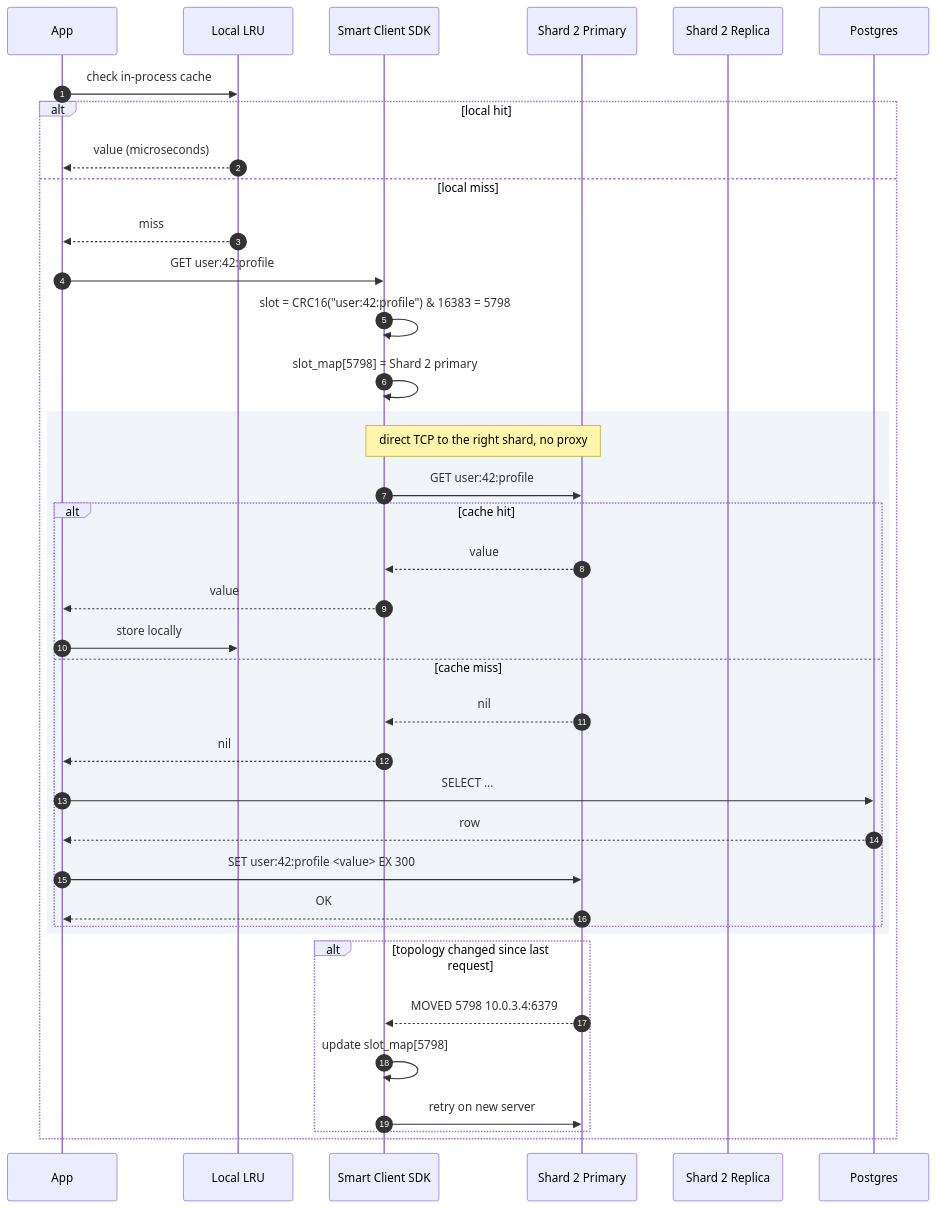
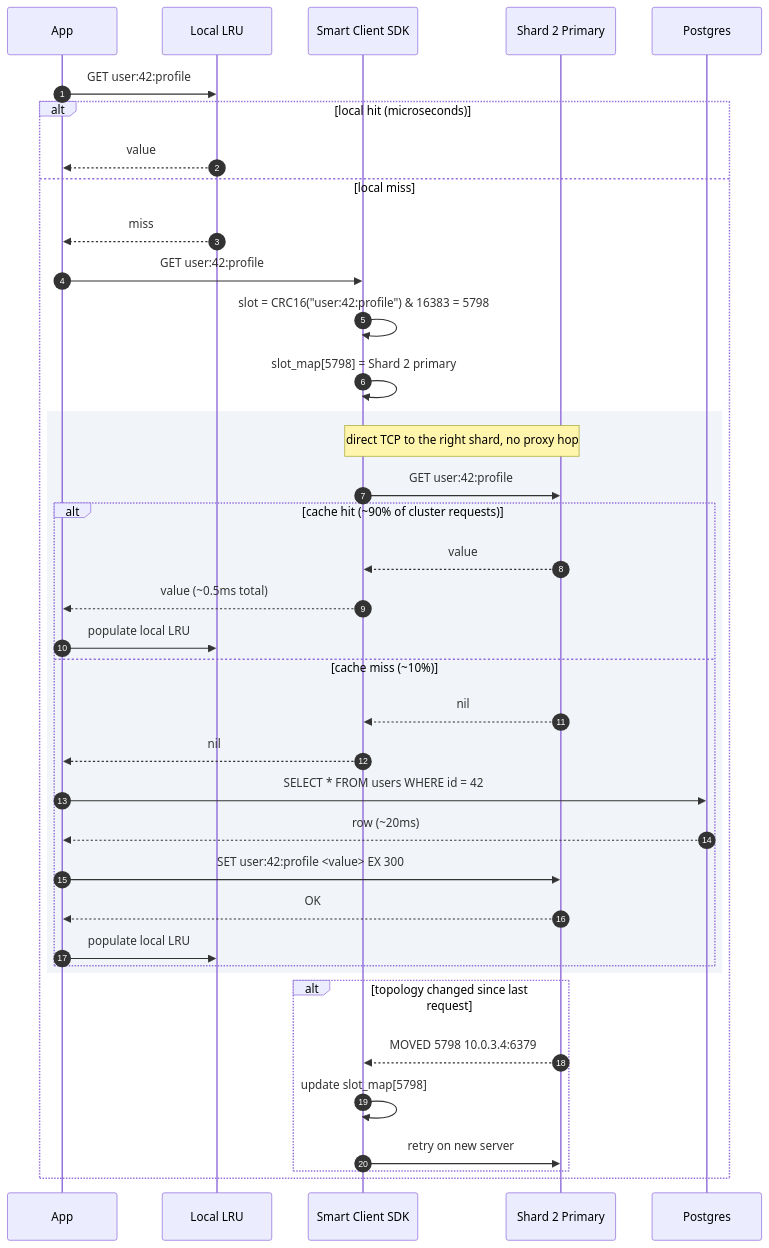
Before and after one commit to shiningflash/system-design: the tenth of 11 diagrams in problems/009-distributed-cache/question.md, drawn with Mermaid. The commit also changed other lines of this file and 37 other files, not shown here.

````diff
--- a/problems/009-distributed-cache/question.md
+++ b/problems/009-distributed-cache/question.md
@@ -302,43 +367,43 @@
 ```mermaid
 sequenceDiagram
     autonumber
     participant App
-    participant LocalLRU as Local LRU
+    participant LRU as Local LRU
     participant SDK as Smart Client SDK
     participant S2P as Shard 2 Primary
-    participant S2R as Shard 2 Replica
     participant DB as Postgres
 
-    App->>LocalLRU: check in-process cache
-    alt local hit
-        LocalLRU-->>App: value (microseconds)
+    App->>LRU: GET user:42:profile
+    alt local hit (microseconds)
+        LRU-->>App: value
     else local miss
-        LocalLRU-->>App: miss
+        LRU-->>App: miss
         App->>SDK: GET user:42:profile
         SDK->>SDK: slot = CRC16("user:42:profile") & 16383 = 5798
         SDK->>SDK: slot_map[5798] = Shard 2 primary
 
         rect rgb(241, 245, 249)
-            Note over SDK,S2P: direct TCP to the right shard, no proxy
+            Note over SDK,S2P: direct TCP to the right shard, no proxy hop
             SDK->>S2P: GET user:42:profile
-            alt cache hit
+            alt cache hit (~90% of cluster requests)
                 S2P-->>SDK: value
-                SDK-->>App: value
-                App->>LocalLRU: store locally
-            else cache miss
+                SDK-->>App: value (~0.5ms total)
+                App->>LRU: populate local LRU
+            else cache miss (~10%)
                 S2P-->>SDK: nil
                 SDK-->>App: nil
-                App->>DB: SELECT ...
-                DB-->>App: row
+                App->>DB: SELECT * FROM users WHERE id = 42
+                DB-->>App: row (~20ms)
                 App->>S2P: SET user:42:profile <value> EX 300
                 S2P-->>App: OK
+                App->>LRU: populate local LRU
             end
         end
 
         alt topology changed since last request
             S2P-->>SDK: MOVED 5798 10.0.3.4:6379
             SDK->>SDK: update slot_map[5798]
             SDK->>S2P: retry on new server
         end
     end
 ```
````
